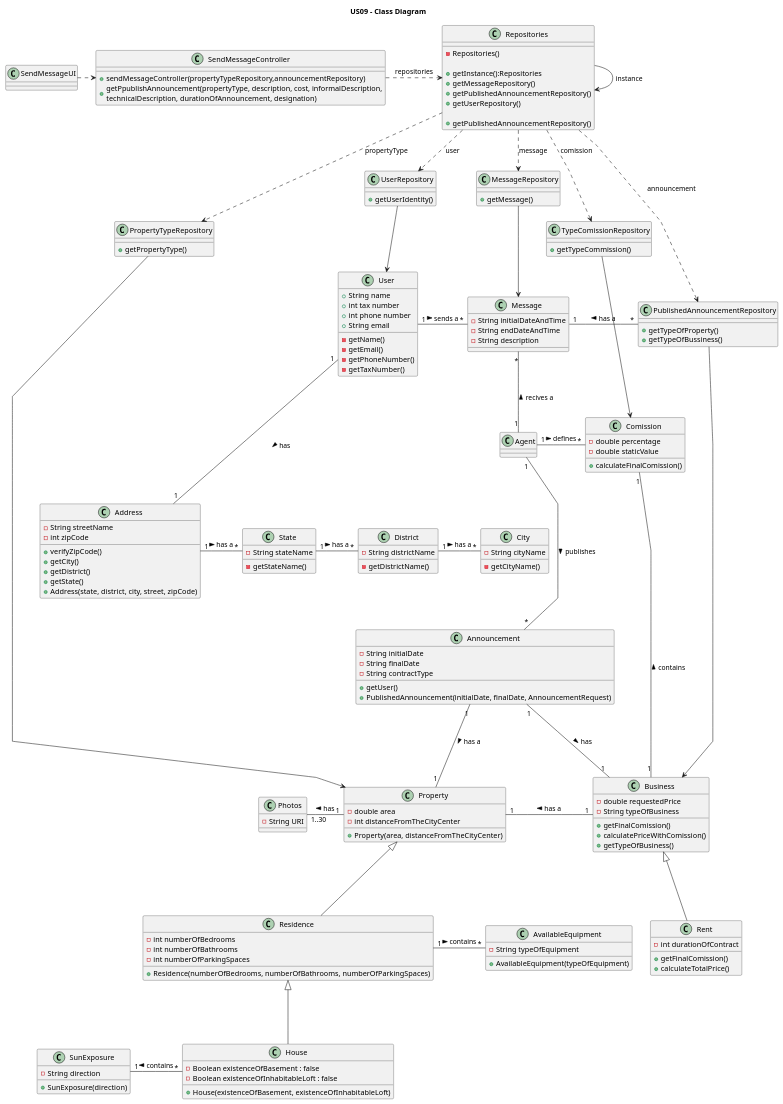
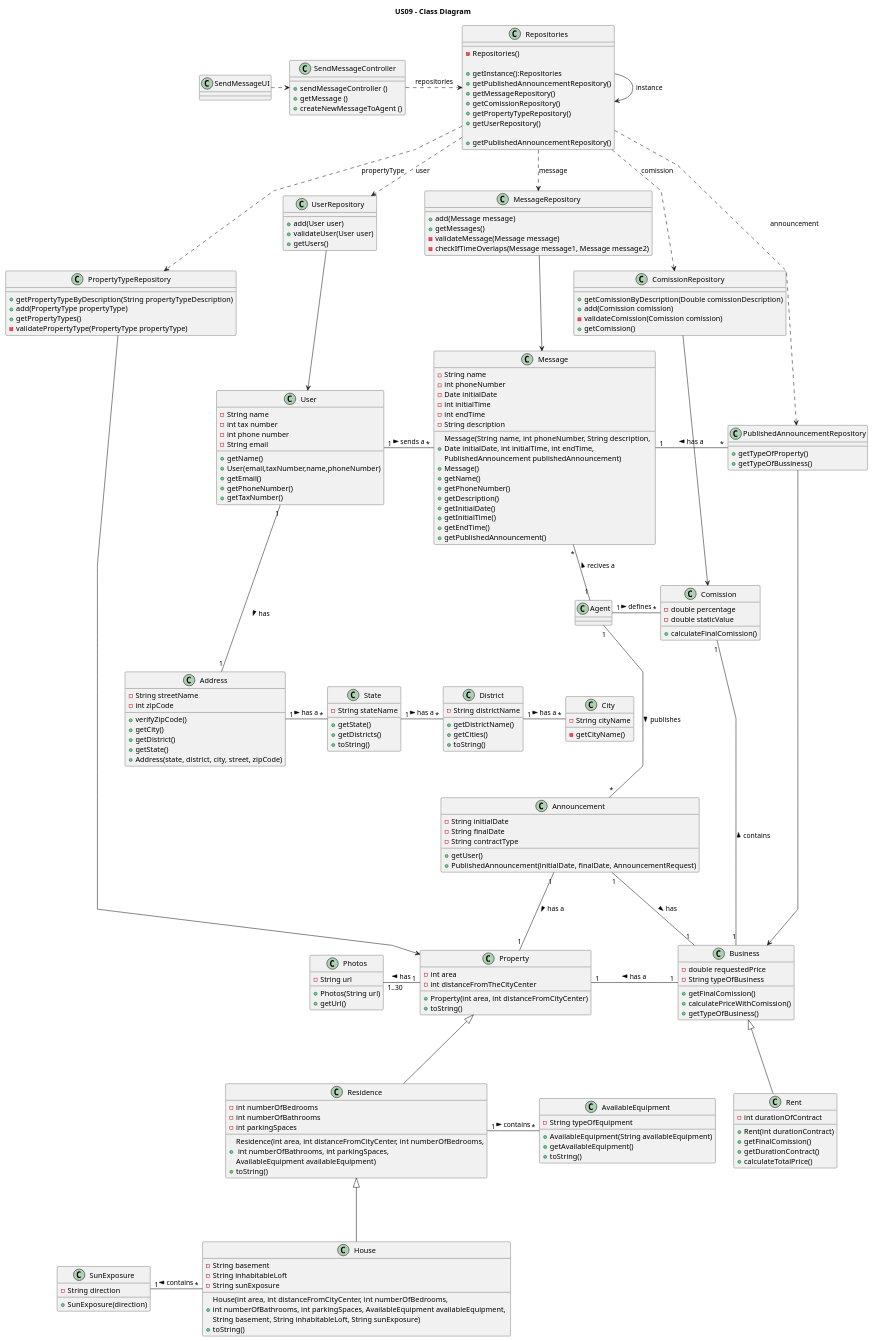
The diagram in docs/sprintC/US09/03.design/puml/us09-class-diagram.puml (PureNimble/ISEP-LAPR2), drawn with PlantUML before and after one commit.

Commit message:
US 09 - Class Diagram Update

```diff
--- a/docs/sprintC/US09/03.design/puml/us09-class-diagram.puml
+++ b/docs/sprintC/US09/03.design/puml/us09-class-diagram.puml
@@ -14,9 +14,10 @@
 
 
 class SendMessageController {
-    + sendMessageController(propertyTypeRepository,announcementRepository)
-    + getPpublishAnnouncement(propertyType, description, cost, informalDescription,\ntechnicalDescription, durationOfAnnouncement, designation)
-}
+    + sendMessageController ()
+    + getMessage ()
+    + createNewMessageToAgent ()
+  }
 
 SendMessageUI .> SendMessageController
 
@@ -24,8 +25,10 @@
 -Repositories()
 
 +getInstance():Repositories
++getPublishedAnnouncementRepository()
 +getMessageRepository()
-+getPublishedAnnouncementRepository()
++getComissionRepository()
++getPropertyTypeRepository()
 +getUserRepository()
 
 }
@@ -38,54 +41,85 @@
 }
 
 class PropertyTypeRepository{
-    + getPropertyType()
+    + getPropertyTypeByDescription(String propertyTypeDescription)
+    +add(PropertyType propertyType)
+    +getPropertyTypes()
+    -validatePropertyType(PropertyType propertyType)
 }
 
 class UserRepository{
-+getUserIdentity()
++add(User user)
++validateUser(User user)
++getUsers()
 }
 
-class TypeComissionRepository{
-+ getTypeCommission()
+class ComissionRepository{
++getComissionByDescription(Double comissionDescription)
++add(Comission comission)
+-validateComission(Comission comission)
++getComission()
 }
 
 class MessageRepository {
-+getMessage()
++add(Message message)
++getMessages()
+-validateMessage(Message message)
+-checkIfTimeOverlaps(Message message1, Message message2)
 }
 
 class Message {
-    - String initialDateAndTime
-    - String endDateAndTime
+    - String name
+    - int phoneNumber
+    - Date initialDate
+    - int initialTime
+    - int endTime
     - String description
+
+    + Message(String name, int phoneNumber, String description, \nDate initialDate, int initialTime, int endTime, \nPublishedAnnouncement publishedAnnouncement)
+    + Message()
+    + getName()
+    + getPhoneNumber()
+    + getDescription()
+    + getInitialDate()
+    + getInitialTime()
+    + getEndTime()
+    + getPublishedAnnouncement()
 
 }
 
 
 
 class Property {
-    - double area
+    - int area
     - int distanceFromTheCityCenter
 
-    +Property(area, distanceFromTheCityCenter)
+    +Property(int area, int distanceFromCityCenter)
+    +toString()
 }
 
 class Photos{
-    - String URI
+    - String url
+
+    +Photos(String url)
+    + getUrl()
 }
 
 class House {
-    - Boolean existenceOfBasement : false
-    - Boolean existenceOfInhabitableLoft : false
+    - String basement
+    - String inhabitableLoft
+    - String sunExposure
 
-    +House(existenceOfBasement, existenceOfInhabitableLoft)
+    + House(int area, int distanceFromCityCenter, int numberOfBedrooms, \nint numberOfBathrooms, int parkingSpaces, AvailableEquipment availableEquipment, \nString basement, String inhabitableLoft, String sunExposure)
+    + toString()
 }
 
 class Residence {
  - int numberOfBedrooms
  - int numberOfBathrooms
- - int numberOfParkingSpaces
+ - int parkingSpaces
 
-    +Residence(numberOfBedrooms, numberOfBathrooms, numberOfParkingSpaces)
+    + Residence(int area, int distanceFromCityCenter, int numberOfBedrooms,\n int numberOfBathrooms, int parkingSpaces, \nAvailableEquipment availableEquipment)
+    + toString()
 }
 
 class SunExposure {
@@ -97,24 +131,28 @@
 class AvailableEquipment {
     - String typeOfEquipment
 
-    +AvailableEquipment(typeOfEquipment)
+    +AvailableEquipment(String availableEquipment)
+    +getAvailableEquipment()
+    + toString()
 }
 
 
 
 
+class User{
+-String name
+-int tax number
+-int phone number
+-String email
 
-class User{
-+String name
-+int tax number
-+int phone number
-+String email
++getName()
++User(email,taxNumber,name,phoneNumber)
++getEmail()
++getPhoneNumber()
++getTaxNumber()
+}
 
--getName()
--getEmail()
--getPhoneNumber()
--getTaxNumber()
-}
+
 
 class Address {
     -String streetName
@@ -135,18 +173,22 @@
     -getCityName()
 }
 
-class District {
-    - String districtName
+class District{
+- String districtName
 
-    -getDistrictName()
+
+    +getDistrictName()
+    +getCities()
+    +toString()
 }
 
-class State {
-   - String stateName
+class State{
+  - String stateName
 
-    -getStateName()
+     +getState()
+     +getDistricts()
+     +toString()
 }
-
 
 
 
@@ -161,7 +203,9 @@
 class Rent {
     - int durationOfContract
 
+    +Rent(int durationContract)
     +getFinalComission()
+    +getDurationContract()
     +calculateTotalPrice()
 }
 
@@ -193,7 +237,7 @@
 SendMessageController .> Repositories : repositories
 Repositories --> Repositories :instance
 Repositories ..> UserRepository : user
-Repositories ..> TypeComissionRepository : comission
+Repositories ..> ComissionRepository : comission
 Repositories ..> PublishedAnnouncementRepository : announcement
 Repositories ..> PropertyTypeRepository : propertyType
 Repositories ..> MessageRepository : message
@@ -223,7 +267,7 @@
 User "1"-right-"*" Message : sends a >
 
 
-TypeComissionRepository -down-> Comission
+ComissionRepository -down-> Comission
 Comission "*" -up "1" Agent: defines <
 Comission "1" -- "1" Business: contains <
 Property "1" - "1" Business: has a <
```
